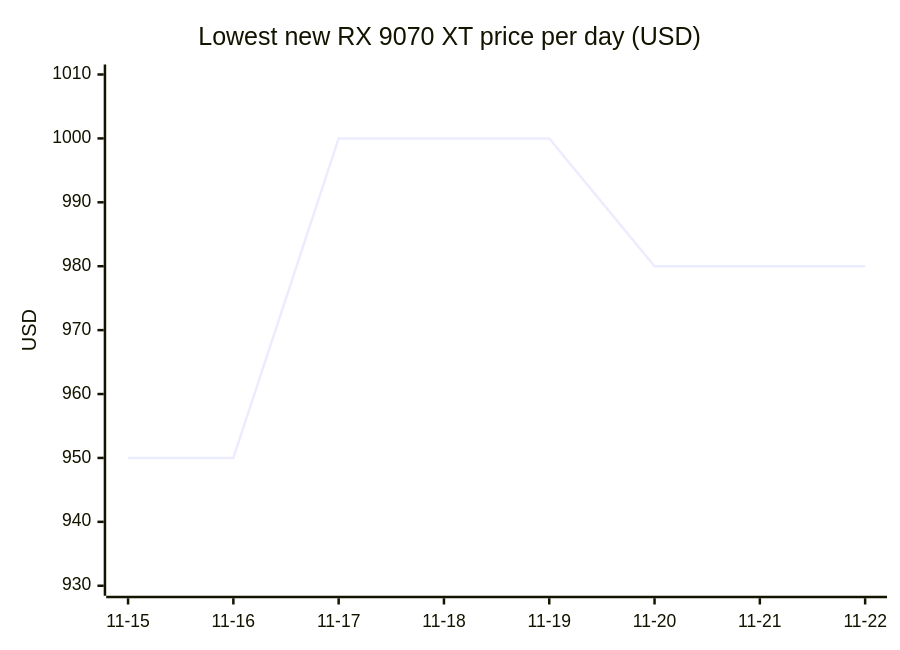
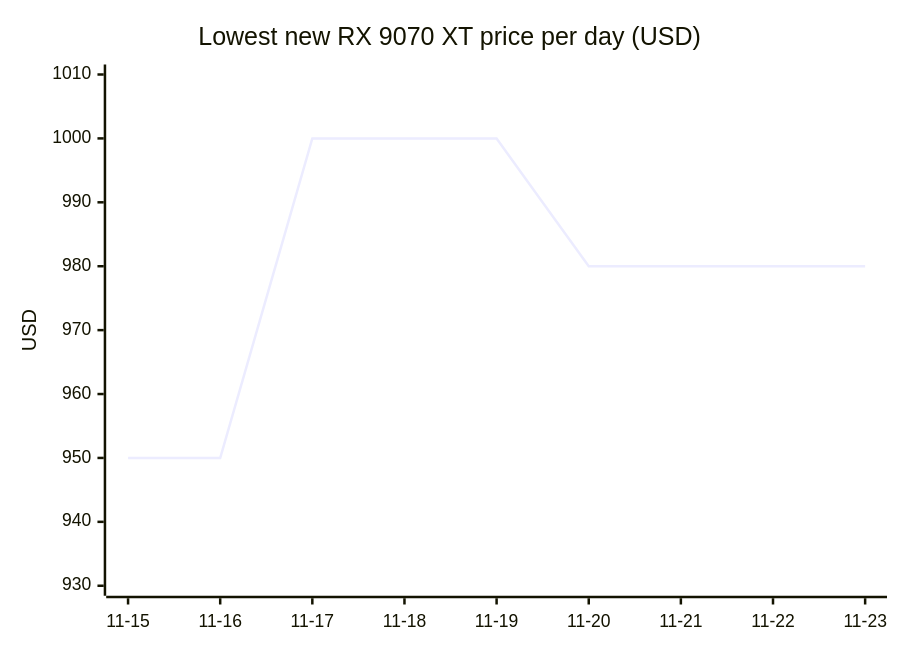
Diagram 11 of 18 in README.md (7324136828/4tb_ssd_price_watch), drawn with Mermaid before and after one commit. The commit also changed other lines of this file, not shown here.

````diff
--- a/README.md
+++ b/README.md
@@ -1102,7 +1147,7 @@
 ```mermaid
 xychart-beta
     title "Lowest new RX 9070 XT price per day (USD)"
-    x-axis ["11-15", "11-16", "11-17", "11-18", "11-19", "11-20", "11-21", "11-22"]
+    x-axis ["11-15", "11-16", "11-17", "11-18", "11-19", "11-20", "11-21", "11-22", "11-23"]
     y-axis "USD" 930 --> 1010
-    line [949.99, 949.99, 999.99, 999.99, 999.99, 979.99, 979.99, 979.99]
+    line [949.99, 949.99, 999.99, 999.99, 999.99, 979.99, 979.99, 979.99, 979.99]
 ```
````
